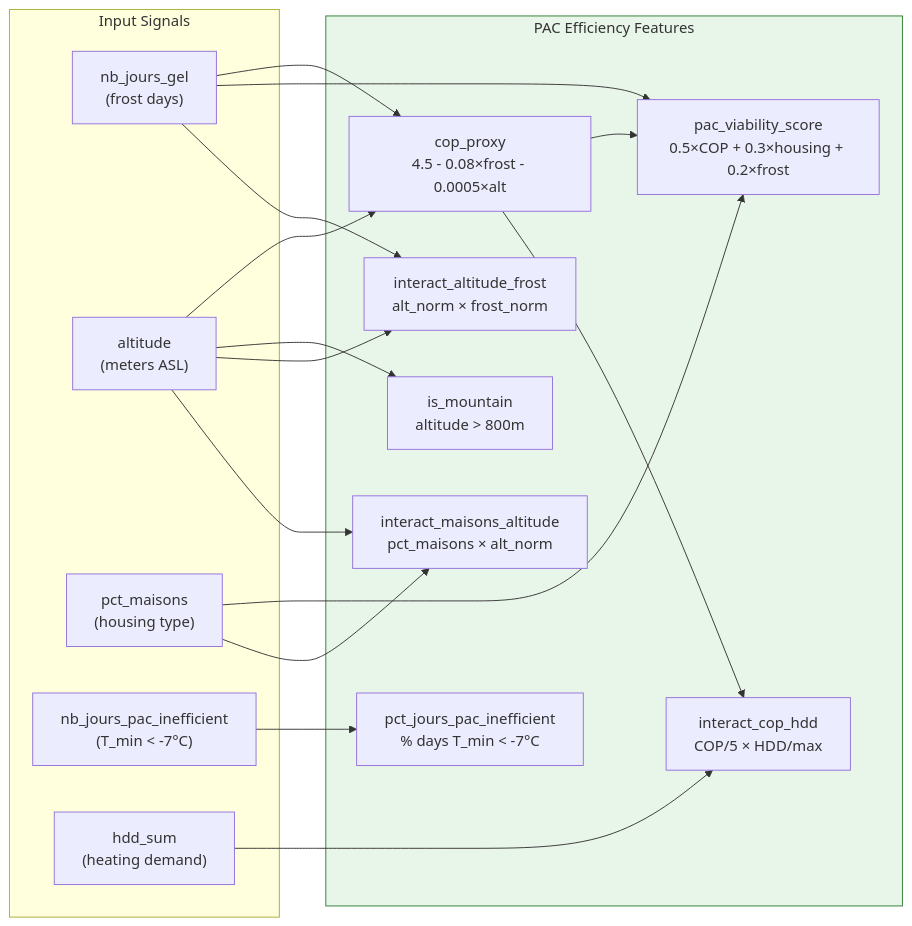
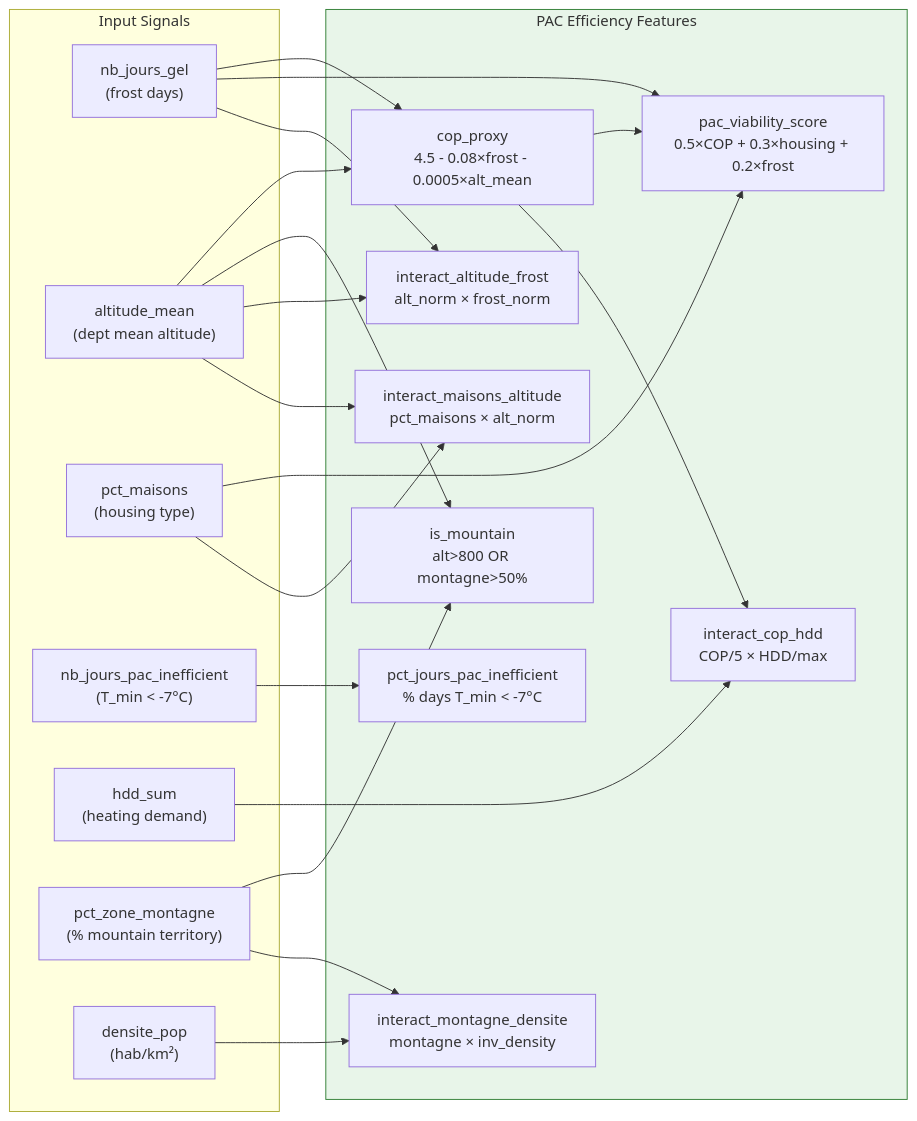
One commit to PDUCLOS/Projet-HVAC changed the fourth of 9 diagrams in docs/DATA_PIPELINE.md. Above: the diagram before and after it, drawn with Mermaid. The commit also changed other lines of this file and 9 other files, not shown here.

````diff
--- a/docs/DATA_PIPELINE.md
+++ b/docs/DATA_PIPELINE.md
@@ -186,26 +196,31 @@
 ```mermaid
 flowchart LR
     subgraph Inputs["Input Signals"]
         T["nb_jours_gel\n(frost days)"]
-        A["altitude\n(meters ASL)"]
+        A["altitude_mean\n(dept mean altitude)"]
         H["pct_maisons\n(housing type)"]
         P["nb_jours_pac_inefficient\n(T_min < -7°C)"]
         HDD["hdd_sum\n(heating demand)"]
+        MT["pct_zone_montagne\n(% mountain territory)"]
+        D["densite_pop\n(hab/km²)"]
     end
     subgraph Features["PAC Efficiency Features"]
-        COP["cop_proxy\n4.5 - 0.08×frost - 0.0005×alt"]
-        MTN["is_mountain\naltitude > 800m"]
+        COP["cop_proxy\n4.5 - 0.08×frost - 0.0005×alt_mean"]
+        MTN["is_mountain\nalt>800 OR montagne>50%"]
         VIA["pac_viability_score\n0.5×COP + 0.3×housing + 0.2×frost"]
         IAF["interact_altitude_frost\nalt_norm × frost_norm"]
         IMA["interact_maisons_altitude\npct_maisons × alt_norm"]
         PCT["pct_jours_pac_inefficient\n% days T_min < -7°C"]
         ICH["interact_cop_hdd\nCOP/5 × HDD/max"]
+        IMD["interact_montagne_densite\nmontagne × inv_density"]
     end
     T --> COP & VIA & IAF
     A --> COP & MTN & IAF & IMA
     H --> VIA & IMA
     P --> PCT
+    MT --> MTN & IMD
+    D --> IMD
     COP --> VIA & ICH
     HDD --> ICH
     style Features fill:#e8f5e9,stroke:#2e7d32
 ```
````
